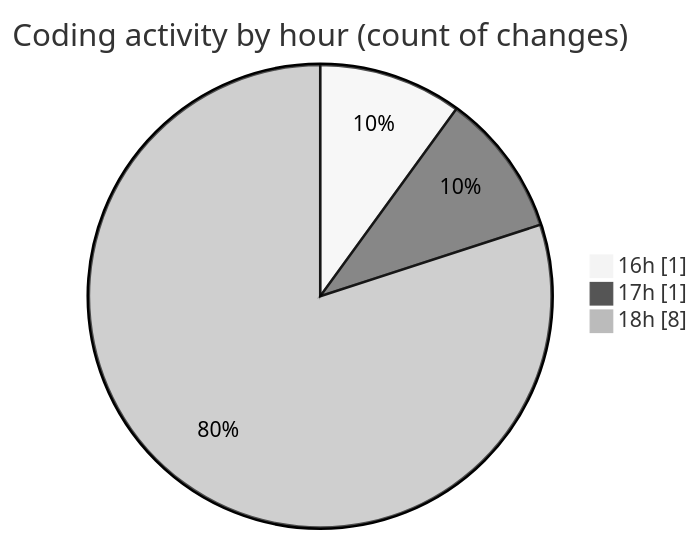
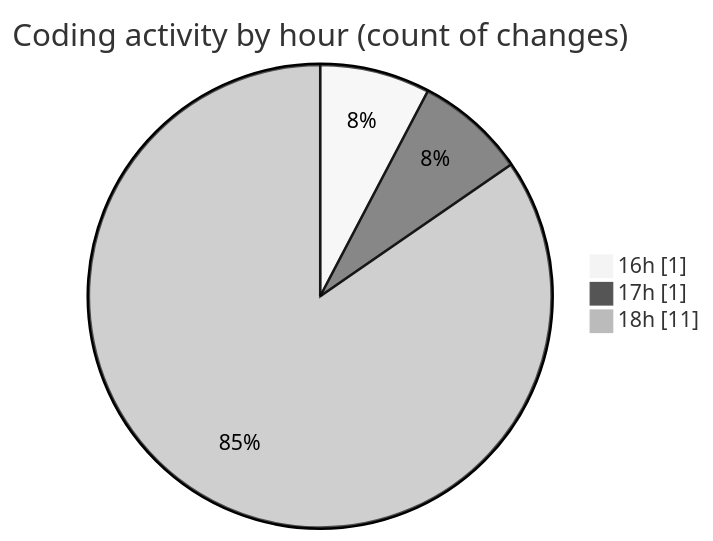
One commit to JenPaints/code-tracking changed the second of 2 diagrams in 2025-06-27/archive/README.md. Above: the diagram before and after it, drawn with Mermaid (neutral theme). The commit also changed other lines of this file and 1 other file, not shown here.

````diff
--- a/2025-06-27/archive/README.md
+++ b/2025-06-27/archive/README.md
@@ -34,7 +35,7 @@
 ```mermaid
 pie showData
 title Coding activity by hour (count of changes)
 "16h" : 1
 "17h" : 1
-"18h" : 8
+"18h" : 11
 ```
````
